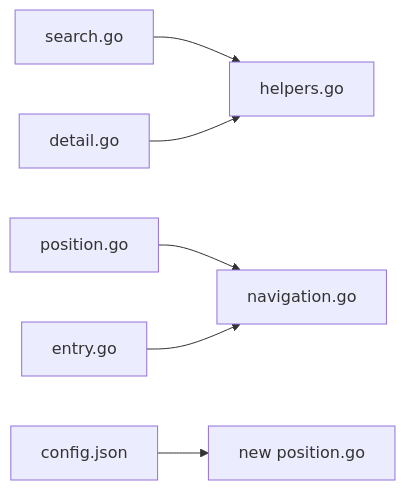
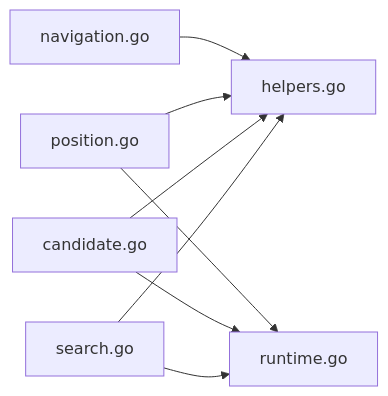
One commit to alvinwangzi/goodhr changed the sixth of 6 diagrams in .qoder/repowiki/zh/content/本地执行器/平台适配器/猎聘适配器/搜索功能.md. Above: the diagram before and after it, drawn with Mermaid. The commit also changed other lines of this file and 149 other files, not shown here.

````diff
--- a/.qoder/repowiki/zh/content/本地执行器/平台适配器/猎聘适配器/搜索功能.md
+++ b/.qoder/repowiki/zh/content/本地执行器/平台适配器/猎聘适配器/搜索功能.md
@@ -245,8 +299,10 @@
 ```mermaid
 graph LR
-Search["search.go"] --> Helper["helpers.go"]
-Position["position.go"] --> Nav["navigation.go"]
-Detail["detail.go"] --> Helper
-Entry["entry.go"] --> Nav
-Config["config.json"] --> NewPos["new position.go"]
+Search["search.go"] --> Helpers["helpers.go"]
+Search --> Runtime["runtime.go"]
+Candidate["candidate.go"] --> Helpers
+Candidate --> Runtime
+Position["position.go"] --> Helpers
+Position --> Runtime
+Navigation["navigation.go"] --> Helpers
 ```
````
